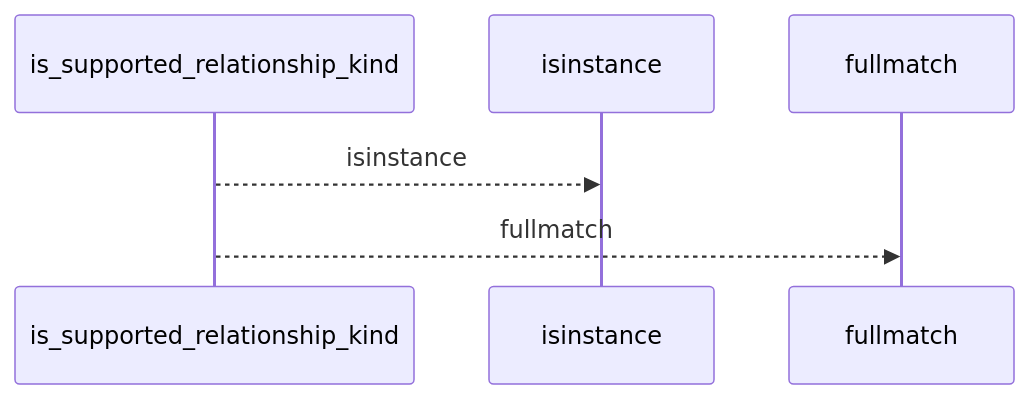
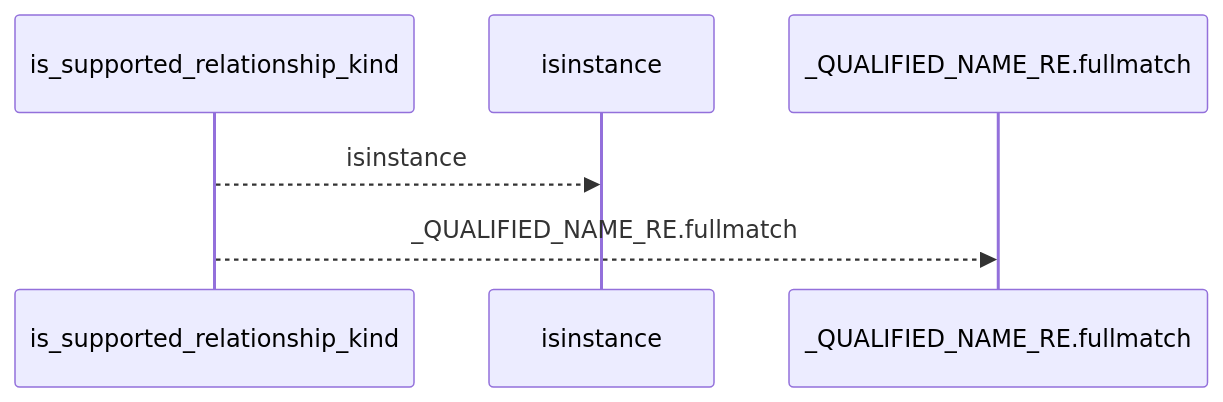
The first of 2 diagrams in docs/llm_wiki/flows/api-is_supported_relationship_kind.md (Denissvgn/python-wiki-llm), drawn with Mermaid before and after one commit. The commit also changed other lines of this file and 719 other files, not shown here.

````diff
--- a/docs/llm_wiki/flows/api-is_supported_relationship_kind.md
+++ b/docs/llm_wiki/flows/api-is_supported_relationship_kind.md
@@ -10,8 +10,8 @@
 ```mermaid
 sequenceDiagram
     participant p0 as is_supported_relationship_kind
     participant p1 as isinstance
-    participant p2 as fullmatch
+    participant p2 as _QUALIFIED_NAME_RE.fullmatch
     p0-->>p1: isinstance
-    p0-->>p2: fullmatch
+    p0-->>p2: _QUALIFIED_NAME_RE.fullmatch
 ```
````
